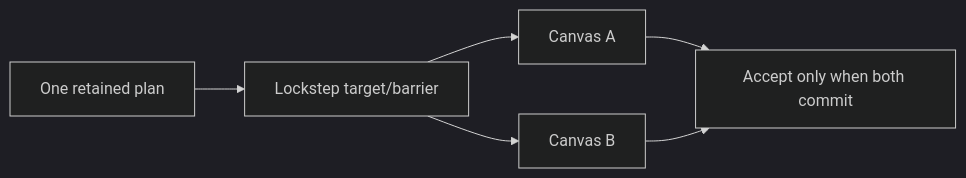
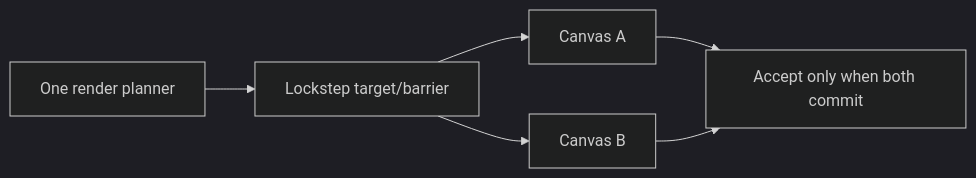
The seventh of 9 diagrams in docs/planning/font-runtime-ownership.md (pmndrs/glyph), drawn with Mermaid (dark theme) before and after one commit. The commit also changed other lines of this file and 14 other files, not shown here.

````diff
--- a/docs/planning/font-runtime-ownership.md
+++ b/docs/planning/font-runtime-ownership.md
@@ -1119,8 +1119,8 @@
 ```mermaid
 flowchart LR
-  S[One retained plan] --> T[Lockstep target/barrier]
+  S[One render planner] --> T[Lockstep target/barrier]
   T --> C1[Canvas A]
   T --> C2[Canvas B]
   C1 --> A[Accept only when both commit]
   C2 --> A
 ```
````
